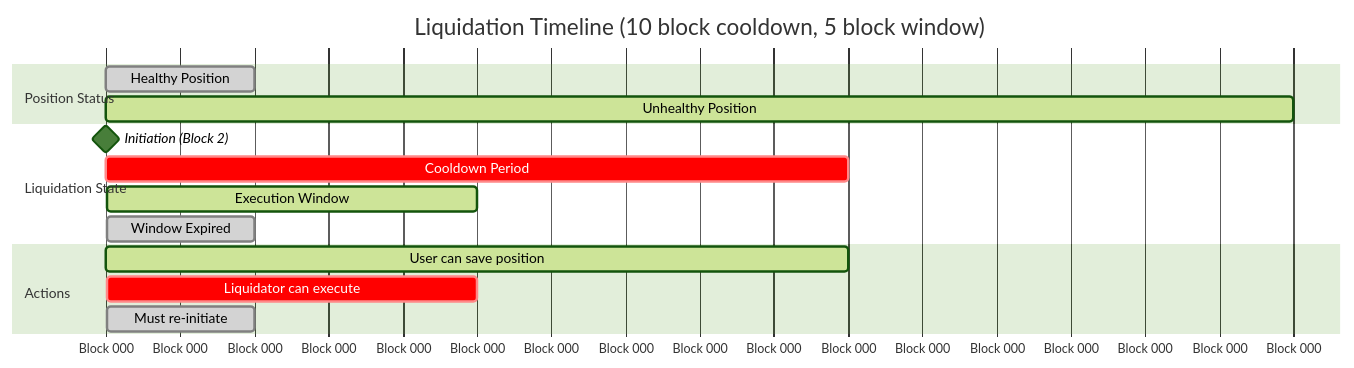
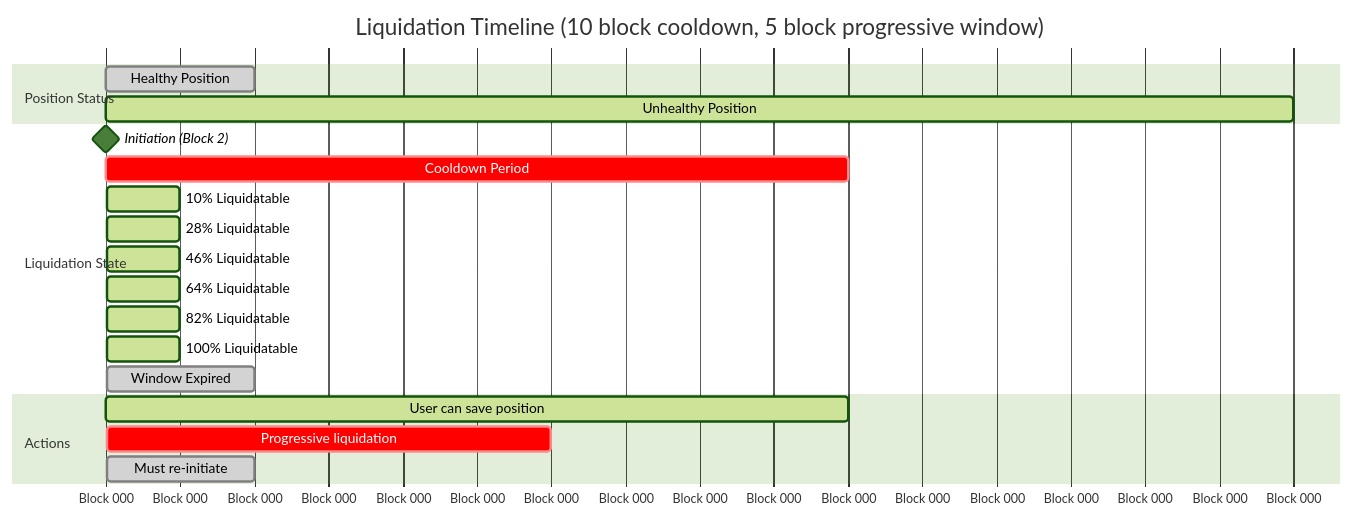
One commit to jordan-public/circuit-breaker-token changed the third of 3 diagrams in README.md. Above: the diagram before and after it, drawn with Mermaid (forest theme). The commit also changed other lines of this file and 2 other files, not shown here.

````diff
--- a/README.md
+++ b/README.md
@@ -201,21 +353,26 @@
 ```mermaid
 gantt
-    title Liquidation Timeline (10 block cooldown, 5 block window)
+    title Liquidation Timeline (10 block cooldown, 5 block progressive window)
     dateFormat X
     axisFormat Block %L
     
     section Position Status
     Healthy Position          :done, 0, 2
     Unhealthy Position        :active, 2, 16
     
     section Liquidation State
     Initiation (Block 2)      :milestone, 2, 0
     Cooldown Period           :crit, 2, 10
-    Execution Window          :active, 12, 5
-    Window Expired            :done, 17, 2
+    10% Liquidatable          :active, 12, 1
+    28% Liquidatable          :active, 13, 1
+    46% Liquidatable          :active, 14, 1
+    64% Liquidatable          :active, 15, 1
+    82% Liquidatable          :active, 16, 1
+    100% Liquidatable         :active, 17, 1
+    Window Expired            :done, 18, 2
     
     section Actions
     User can save position    :active, 2, 10
-    Liquidator can execute    :crit, 12, 5
-    Must re-initiate          :done, 17, 2
+    Progressive liquidation   :crit, 12, 6
+    Must re-initiate          :done, 18, 2
 ```
````
